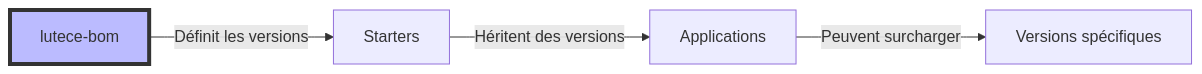
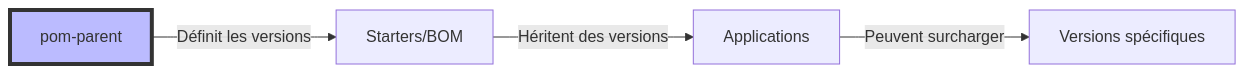
Diagram 11 of 12 in README.md (lutece-platform/lutece-platform), drawn with Mermaid before and after one commit. The commit also changed other lines of this file, not shown here.

````diff
--- a/README.md
+++ b/README.md
@@ -214,8 +344,8 @@
 ```mermaid
 graph LR
-    A[lutece-bom] --> |Définit les versions| B[Starters]
+    A[pom-parent] --> |Définit les versions| B[Starters/BOM]
     B --> |Héritent des versions| C[Applications]
     C --> |Peuvent surcharger| D[Versions spécifiques]
     
     style A fill:#bbf,stroke:#333,stroke-width:4px
 ```
````
